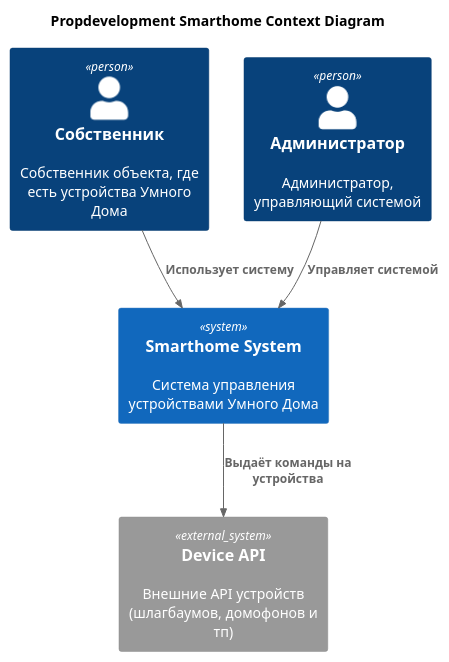
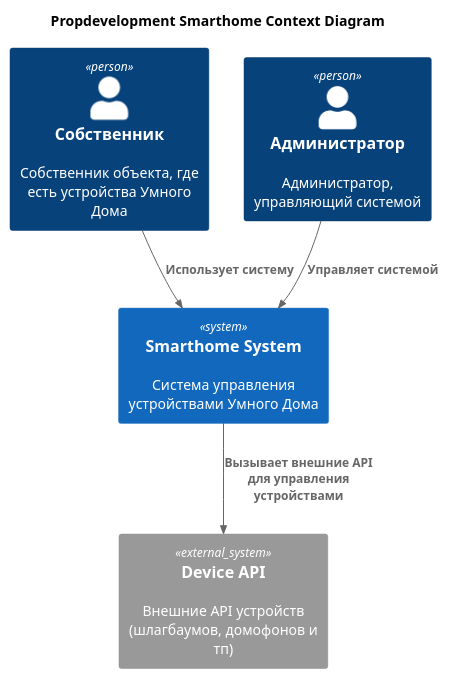
Before and after one commit to El-76/architect-propdevelopment: the diagram in Task3/Context.puml, drawn with PlantUML. The commit also changed 10 other files, not shown here.

```diff
--- a/Task3/Context.puml
+++ b/Task3/Context.puml
@@ -2,21 +2,21 @@
 @startuml Propdevelopment
 
 title Propdevelopment Smarthome Context Diagram
 
 !include <C4/C4_Component>
 
 Person(Owner, "Собственник", "Собственник объекта, где есть устройства Умного Дома")
 
 Person(Administrator, "Администратор", "Администратор, управляющий системой")
 
 System(SmarthomeSystem, "Smarthome System", "Система управления устройствами Умного Дома")
 
 System_Ext(DeviceAPI, "Device API", "Внешние API устройств (шлагбаумов, домофонов и тп)")
 
 Rel(Owner, SmarthomeSystem, "Использует систему")
 
 Rel(Administrator, SmarthomeSystem, "Управляет системой")
 
-Rel(SmarthomeSystem, DeviceAPI, "Выдаёт команды на устройства")
+Rel(SmarthomeSystem, DeviceAPI, "Вызывает внешние API для управления устройствами")
 
 @enduml
```
